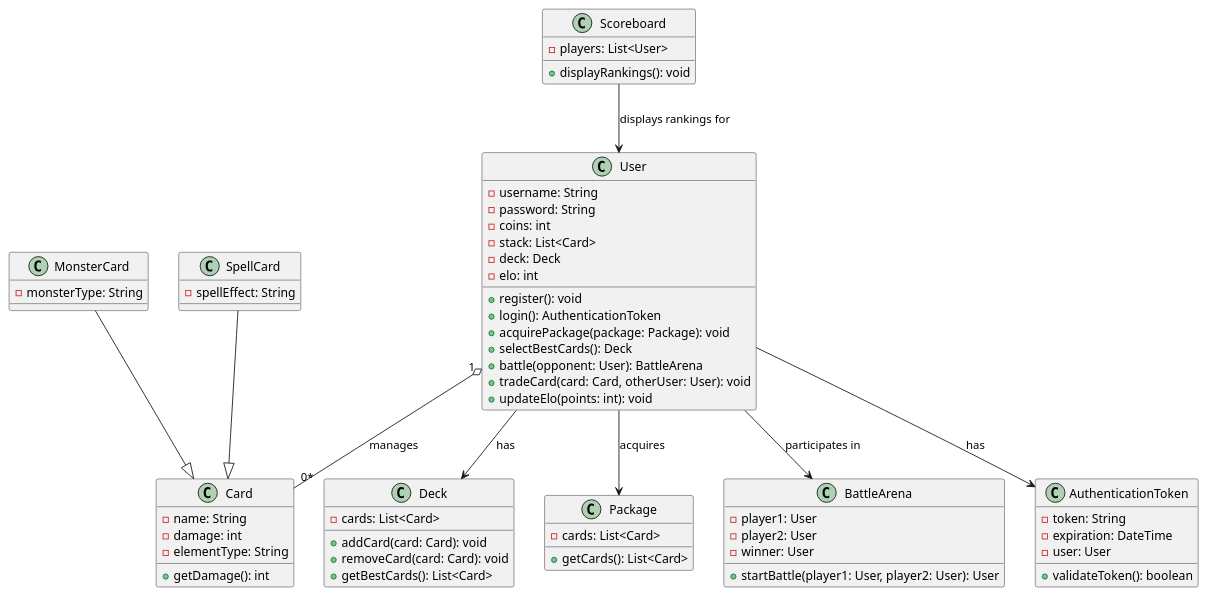
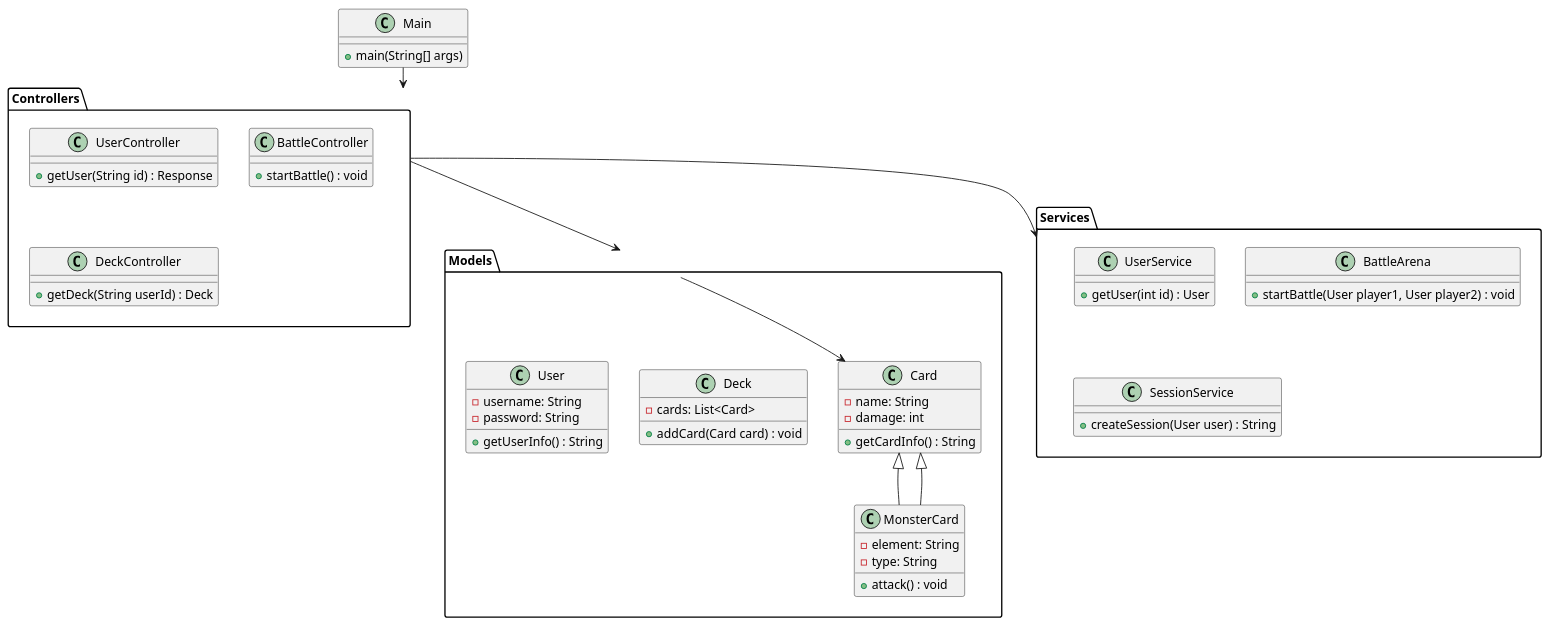
The diagram in src/main/java/at/technikum_wien/classes.puml (JoelK27/Monster_Card_Game), drawn with PlantUML before and after one commit. The commit also changed 19 other files, not shown here.

Commit message:
implemented all routes and changed PUML class diagram after changes of class structure

```diff
--- a/src/main/java/at/technikum_wien/classes.puml
+++ b/src/main/java/at/technikum_wien/classes.puml
@@ -1,93 +1,63 @@
 @startuml
-
-' Definition der abstrakten Klasse Card
-class Card {
-  - name: String
-  - damage: int
-  - elementType: String
-  + getDamage(): int
+class Main {
+    +main(String[] args)
 }
 
-' Definition von MonsterCard und SpellCard, die von Card erben
-class MonsterCard {
-  - monsterType: String
-}
-MonsterCard --|> Card
-
-class SpellCard {
-  - spellEffect: String
-}
-SpellCard --|> Card
-
-' Definition der Klasse User
-class User {
-  - username: String
-  - password: String
-  - coins: int
-  - stack: List<Card>
-  - deck: Deck
-  - elo: int
-  + register(): void
-  + login(): AuthenticationToken
-  + acquirePackage(package: Package): void
-  + selectBestCards(): Deck
-  + battle(opponent: User): BattleArena
-  + tradeCard(card: Card, otherUser: User): void
-  + updateElo(points: int): void
+package Controllers {
+    class UserController {
+        +getUser(String id) : Response
+    }
+    class BattleController {
+        +startBattle() : void
+    }
+    class DeckController {
+        +getDeck(String userId) : Deck
+    }
 }
 
-' Assoziation zwischen User und Deck
-User --> Deck : has
+package Models {
+    class Card {
+        -name: String
+        -damage: int
+        +getCardInfo() : String
+    }
 
-' Assoziation zwischen User und Package
-User --> Package : acquires
+    class MonsterCard extends Card {
+        -element: String
+        -type: String
+        +attack() : void
+    }
 
-' Aggregation: User besitzt eine Sammlung von Cards (in Stack und Deck)
-User "1" o-- "0*" Card : manages
+    class Deck {
+        -cards: List<Card>
+        +addCard(Card card) : void
+    }
 
-' Definition der Klasse Deck
-class Deck {
-  - cards: List<Card>
-  + addCard(card: Card): void
-  + removeCard(card: Card): void
-  + getBestCards(): List<Card>
+    class User {
+        -username: String
+        -password: String
+        +getUserInfo() : String
+    }
 }
 
-' Definition der Klasse Package
-class Package {
-  - cards: List<Card>
-  + getCards(): List<Card>
+package Services {
+    class UserService {
+        +getUser(int id) : User
+    }
+
+    class BattleArena {
+        +startBattle(User player1, User player2) : void
+    }
+
+    class SessionService {
+        +createSession(User user) : String
+    }
 }
 
-' Definition der Klasse Battle
-class BattleArena {
-  - player1: User
-  - player2: User
-  - winner: User
-  + startBattle(player1: User, player2: User): User
-}
-
-' Assoziation zwischen User und BattleArena (Benutzer können gegeneinander kämpfen)
-User --> BattleArena : participates in
-
-' Definition der Klasse Scoreboard
-class Scoreboard {
-  - players: List<User>
-  + displayRankings(): void
-}
-
-' Assoziation zwischen Scoreboard und User (Scoreboard zeigt Rankings von Usern an)
-Scoreboard --> User : displays rankings for
-
-' Definition der Klasse AuthenticationToken
-class AuthenticationToken {
-  - token: String
-  - expiration: DateTime
-  - user: User
-  + validateToken(): boolean
-}
-
-' Assoziation zwischen User und AuthenticationToken (Sicherheitsprüfung)
-User --> AuthenticationToken : has
+Main --> Controllers
+Controllers --> Models
+Controllers --> Services
+Models --> Card
+Card <|-- MonsterCard
 
 @enduml
```
